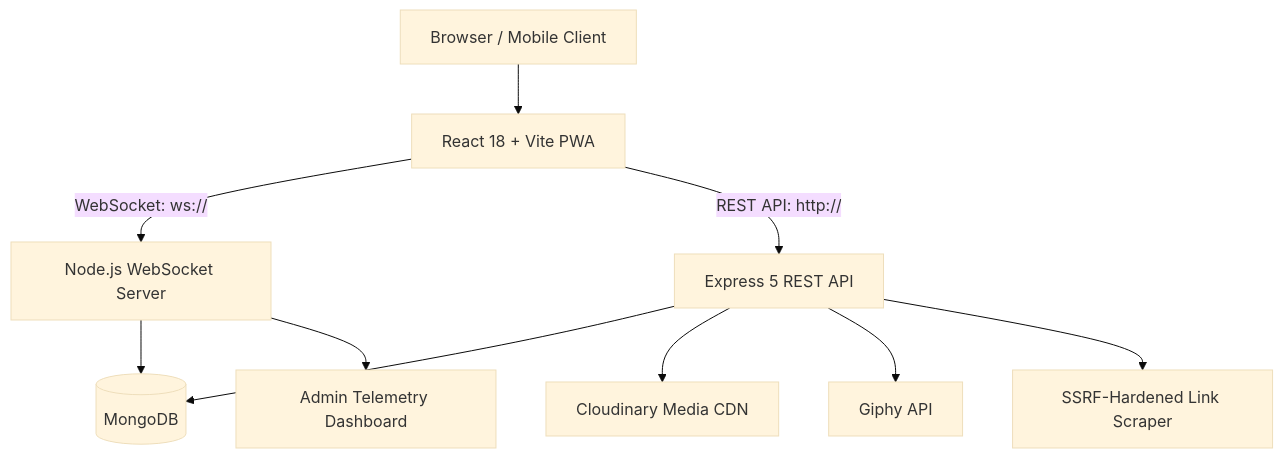
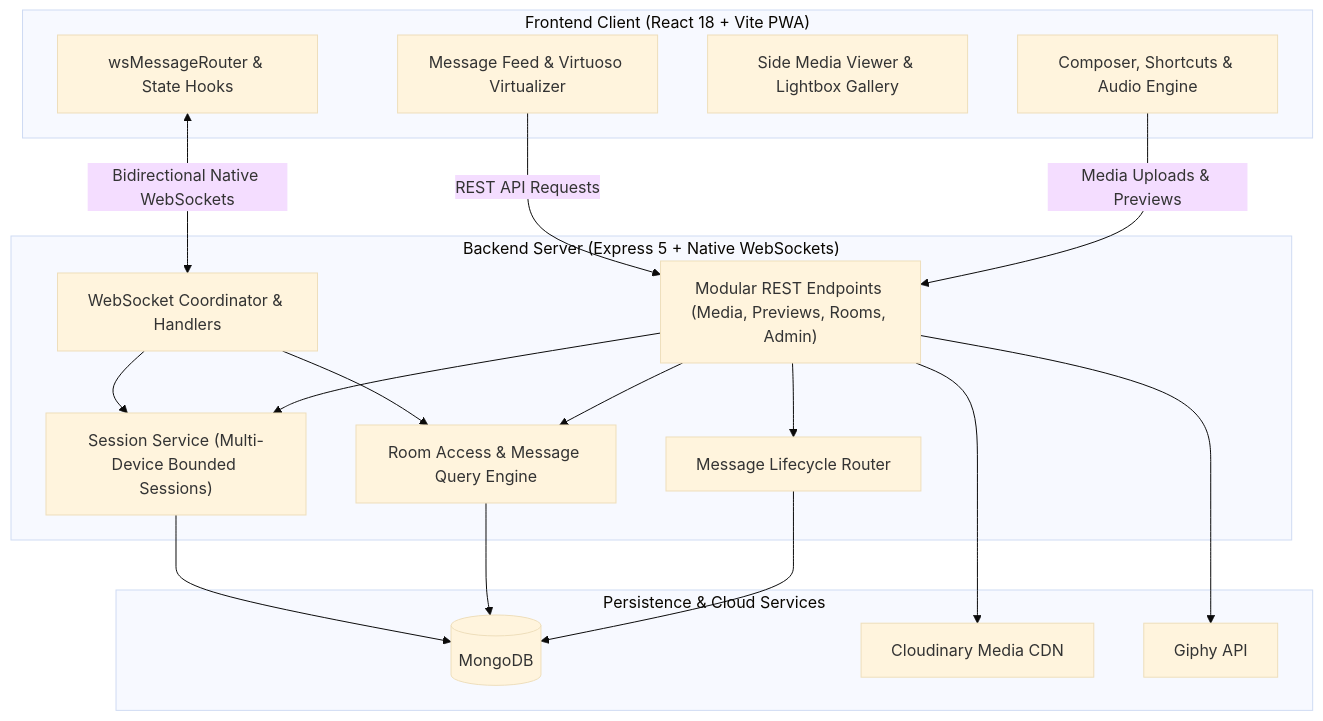
The diagram in README.md (2harshpandey/pulse-chat), drawn with Mermaid (base theme) before and after one commit. The commit also changed other lines of this file and 91 other files, not shown here.

Commit message:
refactor, fix, and harden: modularize architecture, fix UI/session bugs, and update docs

````diff
--- a/README.md
+++ b/README.md
@@ -104,12 +110,37 @@
 ```mermaid
 flowchart TB
-  User[Browser / Mobile Client] --> React[React 18 + Vite PWA]
-  React -->|WebSocket: ws://| WS[Node.js WebSocket Server]
-  React -->|REST API: http://| API[Express 5 REST API]
-  API --> Mongo[(MongoDB)]
-  WS --> Mongo
-  API --> Cloudinary[Cloudinary Media CDN]
-  API --> Giphy[Giphy API]
-  API --> Preview[SSRF-Hardened Link Scraper]
-  WS --> Admin[Admin Telemetry Dashboard]
+  subgraph Frontend["Frontend Client (React 18 + Vite PWA)"]
+    ChatFeed["Message Feed & Virtuoso Virtualizer"]
+    Composer["Composer, Shortcuts & Audio Engine"]
+    SideGallery["Side Media Viewer & Lightbox Gallery"]
+    WSRouter["wsMessageRouter & State Hooks"]
+  end
+
+  subgraph Backend["Backend Server (Express 5 + Native WebSockets)"]
+    WSServer["WebSocket Coordinator & Handlers"]
+    SessionSvc["Session Service (Multi-Device Bounded Sessions)"]
+    RoomAccess["Room Access & Message Query Engine"]
+    MsgLifecycle["Message Lifecycle Router"]
+    REST["Modular REST Endpoints (Media, Previews, Rooms, Admin)"]
+  end
+
+  subgraph External["Persistence & Cloud Services"]
+    Mongo[(MongoDB)]
+    Cloudinary[Cloudinary Media CDN]
+    Giphy[Giphy API]
+  end
+
+  WSRouter <-->|Bidirectional Native WebSockets| WSServer
+  ChatFeed -->|REST API Requests| REST
+  Composer -->|Media Uploads & Previews| REST
+  WSServer --> SessionSvc
+  WSServer --> RoomAccess
+  REST --> SessionSvc
+  REST --> RoomAccess
+  REST --> MsgLifecycle
+  SessionSvc --> Mongo
+  RoomAccess --> Mongo
+  MsgLifecycle --> Mongo
+  REST --> Cloudinary
+  REST --> Giphy
 ```
````
